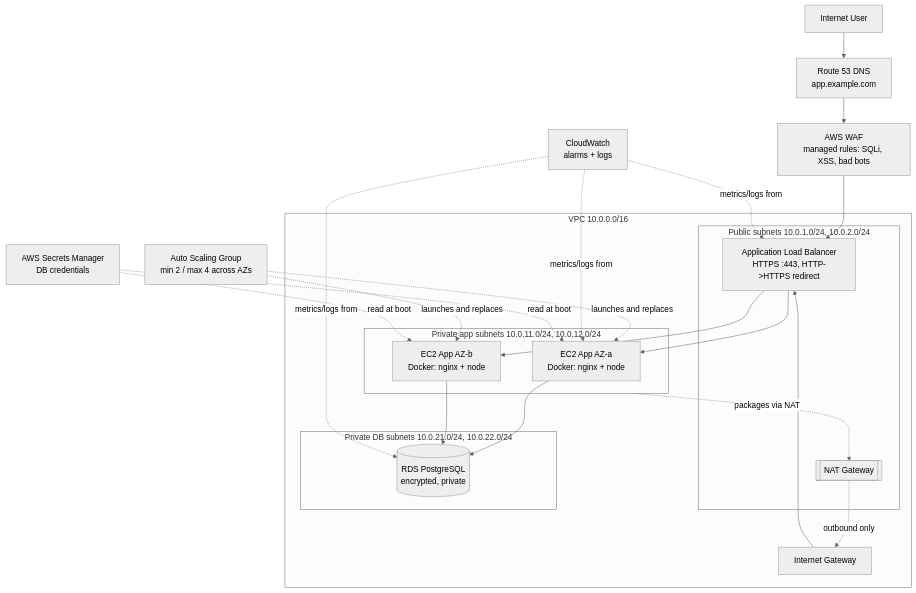
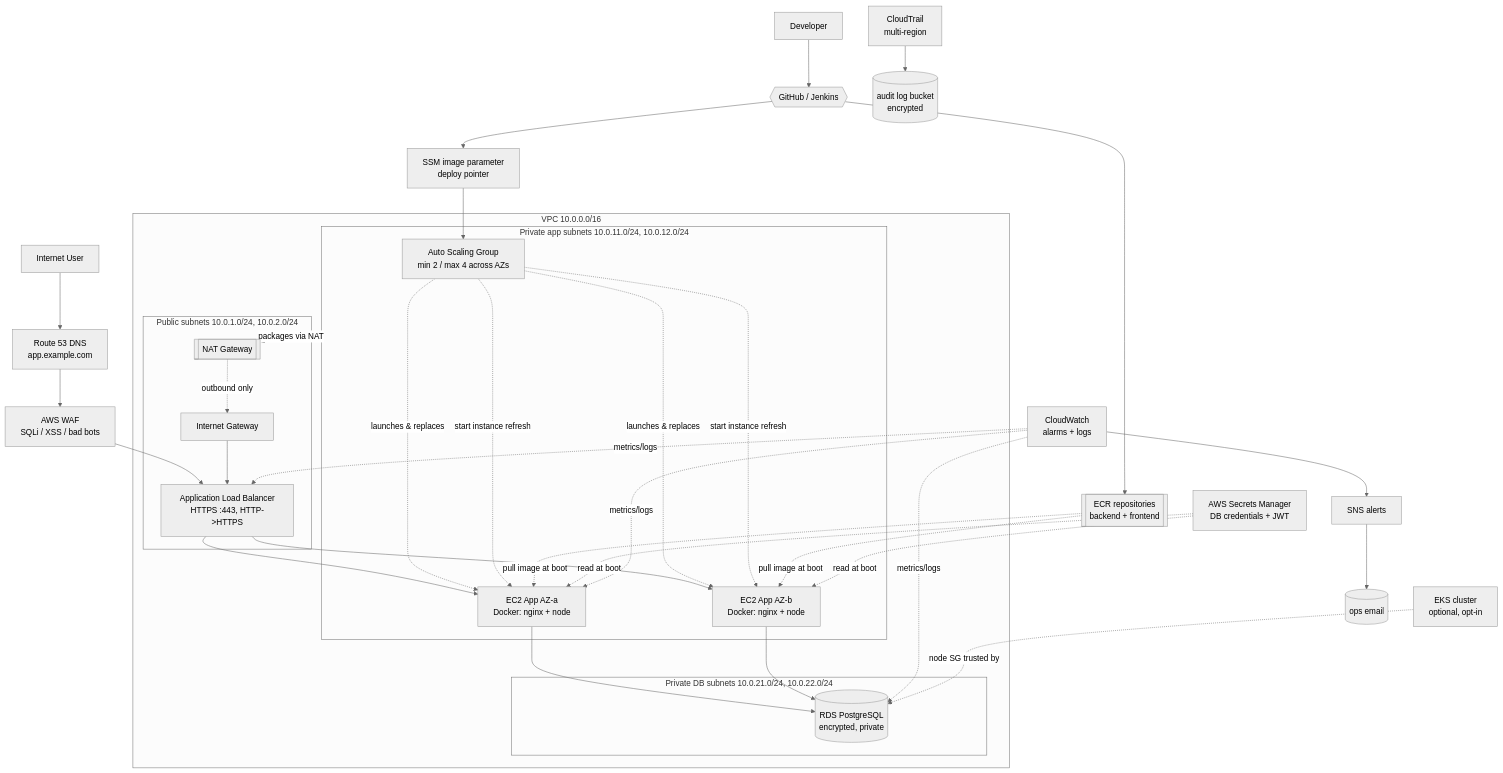
The diagram in diagrams/architecture.mmd (shubhu-io/secure-3-tier-aws-web-application), drawn with Mermaid (neutral theme) before and after one commit. The commit also changed 209 other files, not shown here.

Commit message:
sync: terraform restructure to cloud/aws modules + ci fixes

```diff
--- a/diagrams/architecture.mmd
+++ b/diagrams/architecture.mmd
@@ -1,44 +1,65 @@
 %% ============================================================================
-%% Diagram 1 - Overall architecture
-%% Purpose: end-to-end view of the platform from the user to the database
-%% Render in Mermaid Live Editor or with a Mermaid CLI: mermaid-cli
+%% Diagram 1 - Overall architecture (big picture)
+%% Purpose: end-to-end view of the platform - request path, CI/CD deploy path,
+%%          and the security / observability layers around them.
+%% Render in Mermaid Live Editor or with mermaid-cli (mmdc).
 %% ============================================================================
 flowchart TD
+    %% ===================== Request path =====================
     U[Internet User] --> R53[Route 53 DNS<br/>app.example.com]
-    R53 --> WAF[AWS WAF<br/>managed rules: SQLi, XSS, bad bots]
-    WAF --> ALB[Application Load Balancer<br/>HTTPS :443, HTTP->HTTPS redirect]
+    R53 --> WAF[AWS WAF<br/>SQLi / XSS / bad bots]
+    WAF --> ALB[Application Load Balancer<br/>HTTPS :443, HTTP->HTTPS]
 
     subgraph VPC["VPC 10.0.0.0/16"]
         subgraph PUB["Public subnets 10.0.1.0/24, 10.0.2.0/24"]
             ALB
             NAT[["NAT Gateway"]]
+            IGW[Internet Gateway]
         end
+
         subgraph APP["Private app subnets 10.0.11.0/24, 10.0.12.0/24"]
+            ASG[Auto Scaling Group<br/>min 2 / max 4 across AZs]
             A1[EC2 App AZ-a<br/>Docker: nginx + node]
             A2[EC2 App AZ-b<br/>Docker: nginx + node]
         end
+
         subgraph DBT["Private DB subnets 10.0.21.0/24, 10.0.22.0/24"]
             RDS[(RDS PostgreSQL<br/>encrypted, private)]
         end
 
-        IGW[Internet Gateway]
-
+        ALB --> A1
+        ALB --> A2
         A1 --> RDS
         A2 --> RDS
         NAT -.outbound only.-> IGW
         APP -.packages via NAT.-> NAT
     end
 
-    ALB --> A1
-    ALB --> A2
     IGW --> ALB
+    ASG -.launches & replaces.-> A1
+    ASG -.launches & replaces.-> A2
 
-    ASG[Auto Scaling Group<br/>min 2 / max 4 across AZs] -.launches and replaces.-> A1
-    ASG -.launches and replaces.-> A2
+    %% ===================== CI/CD deploy path =====================
+    DEV[Developer] --> SCM{{GitHub / Jenkins}}
+    SCM --> ECR[["ECR repositories<br/>backend + frontend"]]
+    SCM -->     SSM[SSM image parameter<br/>deploy pointer]
+    SSM --> ASG
+    ASG -.start instance refresh.-> A1
+    ASG -.start instance refresh.-> A2
+    ECR -.pull image at boot.-> A1
+    ECR -.pull image at boot.-> A2
 
-    CW[CloudWatch<br/>alarms + logs] -.metrics/logs from.-> ALB
-    CW -.metrics/logs from.-> A1
-    CW -.metrics/logs from.-> RDS
+    %% ===================== Secrets =====================
+    SM[AWS Secrets Manager<br/>DB credentials + JWT] -.read at boot.-> A1
+    SM -.read at boot.-> A2
 
-    SM[AWS Secrets Manager<br/>DB credentials] -.read at boot.-> A1
-    SM -.read at boot.-> A2
+    %% ===================== Observability & audit =====================
+    CW[CloudWatch<br/>alarms + logs] -.metrics/logs.-> ALB
+    CW -.metrics/logs.-> A1
+    CW -.metrics/logs.-> RDS
+    CW --> SNS[SNS alerts] --> EMAIL[(ops email)]
+
+    CT[CloudTrail<br/>multi-region] --> S3[(audit log bucket<br/>encrypted)]
+
+    %% ===================== Optional Kubernetes =====================
+    EKS[EKS cluster<br/>optional, opt-in] -.node SG trusted by.-> RDS
```
